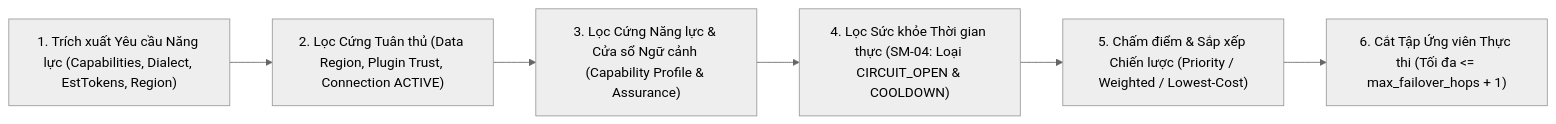
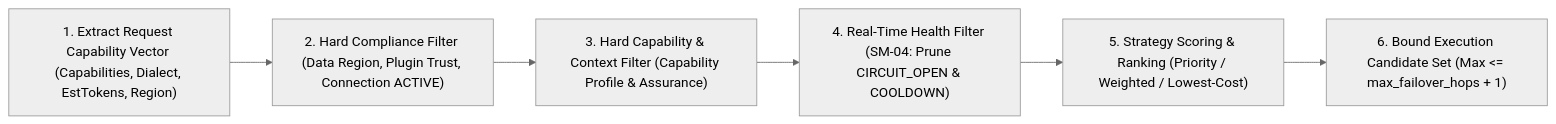
One commit to nguywnben/tanpopo changed the diagram in docs/specifications/routing-and-policy.md. Above: the diagram before and after it, drawn with Mermaid (neutral theme). The commit also changed other lines of this file and 111 other files, not shown here.

````diff
--- a/docs/specifications/routing-and-policy.md
+++ b/docs/specifications/routing-and-policy.md
@@ -41,8 +41,8 @@
 ```mermaid
 flowchart LR
-    Req["1. Trích xuất Yêu cầu Năng lực (Capabilities, Dialect, EstTokens, Region)"] --> F1["2. Lọc Cứng Tuân thủ (Data Region, Plugin Trust, Connection ACTIVE)"]
-    F1 --> F2["3. Lọc Cứng Năng lực & Cửa sổ Ngữ cảnh (Capability Profile & Assurance)"]
-    F2 --> F3["4. Lọc Sức khỏe Thời gian thực (SM-04: Loại CIRCUIT_OPEN & COOLDOWN)"]
-    F3 --> Rank["5. Chấm điểm & Sắp xếp Chiến lược (Priority / Weighted / Lowest-Cost)"]
-    Rank --> Out["6. Cắt Tập Ứng viên Thực thi (Tối đa <= max_failover_hops + 1)"]
+    Req["1. Extract Request Capability Vector (Capabilities, Dialect, EstTokens, Region)"] --> F1["2. Hard Compliance Filter (Data Region, Plugin Trust, Connection ACTIVE)"]
+    F1 --> F2["3. Hard Capability & Context Filter (Capability Profile & Assurance)"]
+    F2 --> F3["4. Real-Time Health Filter (SM-04: Prune CIRCUIT_OPEN & COOLDOWN)"]
+    F3 --> Rank["5. Strategy Scoring & Ranking (Priority / Weighted / Lowest-Cost)"]
+    Rank --> Out["6. Bound Execution Candidate Set (Max <= max_failover_hops + 1)"]
 ```
````
